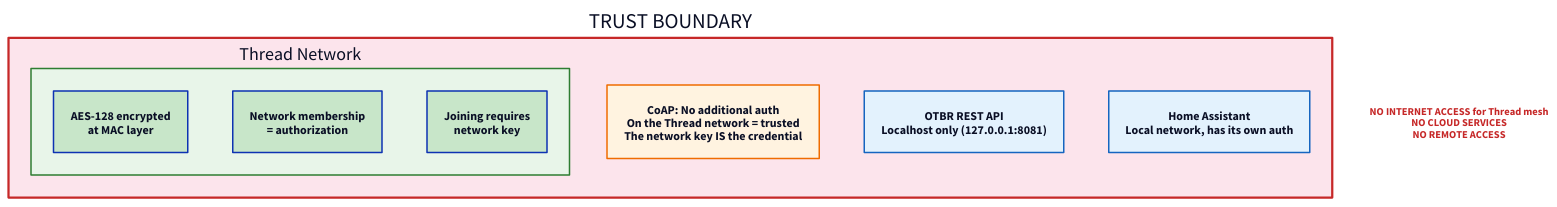
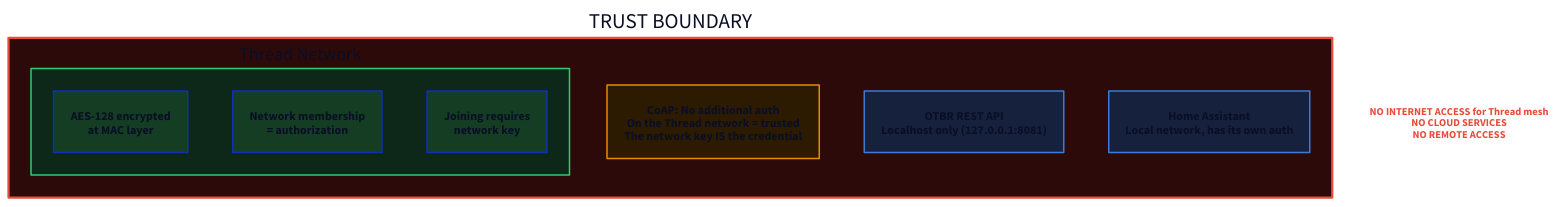
Before and after one commit to EtaCassiopeia/smart-vent: the diagram in docs/diagrams/security-model.d2, drawn with D2. The commit also changed 17 other files, not shown here.

First line of the commit message:
Switch D2 diagrams to dark color palette

```diff
--- a/docs/diagrams/security-model.d2
+++ b/docs/diagrams/security-model.d2
@@ -1,45 +1,45 @@
 trust: TRUST BOUNDARY {
-  style.fill: "#fce4ec"
-  style.stroke: "#c62828"
+  style.fill: "#2d0a0a"
+  style.stroke: "#e74c3c"
   style.stroke-width: 3
 
   thread: Thread Network {
-    style.fill: "#e8f5e9"
-    style.stroke: "#2e7d32"
+    style.fill: "#0d2818"
+    style.stroke: "#2ecc71"
 
     encryption: AES-128 encrypted\nat MAC layer {
-      style.fill: "#c8e6c9"
+      style.fill: "#143d24"
     }
     membership: Network membership\n= authorization {
-      style.fill: "#c8e6c9"
+      style.fill: "#143d24"
     }
     joining: Joining requires\nnetwork key {
-      style.fill: "#c8e6c9"
+      style.fill: "#143d24"
     }
   }
 
   coap: CoAP {
     label: "CoAP: No additional auth\nOn the Thread network = trusted\nThe network key IS the credential"
-    style.fill: "#fff3e0"
-    style.stroke: "#ef6c00"
+    style.fill: "#2d1b00"
+    style.stroke: "#e68a00"
   }
 
   otbr_api: OTBR REST API {
     label: "OTBR REST API\nLocalhost only (127.0.0.1:8081)"
-    style.fill: "#e3f2fd"
-    style.stroke: "#1565c0"
+    style.fill: "#16213e"
+    style.stroke: "#3a7bd5"
   }
 
   ha: Home Assistant {
     label: "Home Assistant\nLocal network, has its own auth"
-    style.fill: "#e3f2fd"
-    style.stroke: "#1565c0"
+    style.fill: "#16213e"
+    style.stroke: "#3a7bd5"
   }
 }
 
 no_internet: "NO INTERNET ACCESS for Thread mesh\nNO CLOUD SERVICES\nNO REMOTE ACCESS" {
   shape: text
   style.font-size: 14
-  style.font-color: "#c62828"
+  style.font-color: "#e74c3c"
   style.bold: true
 }
```
